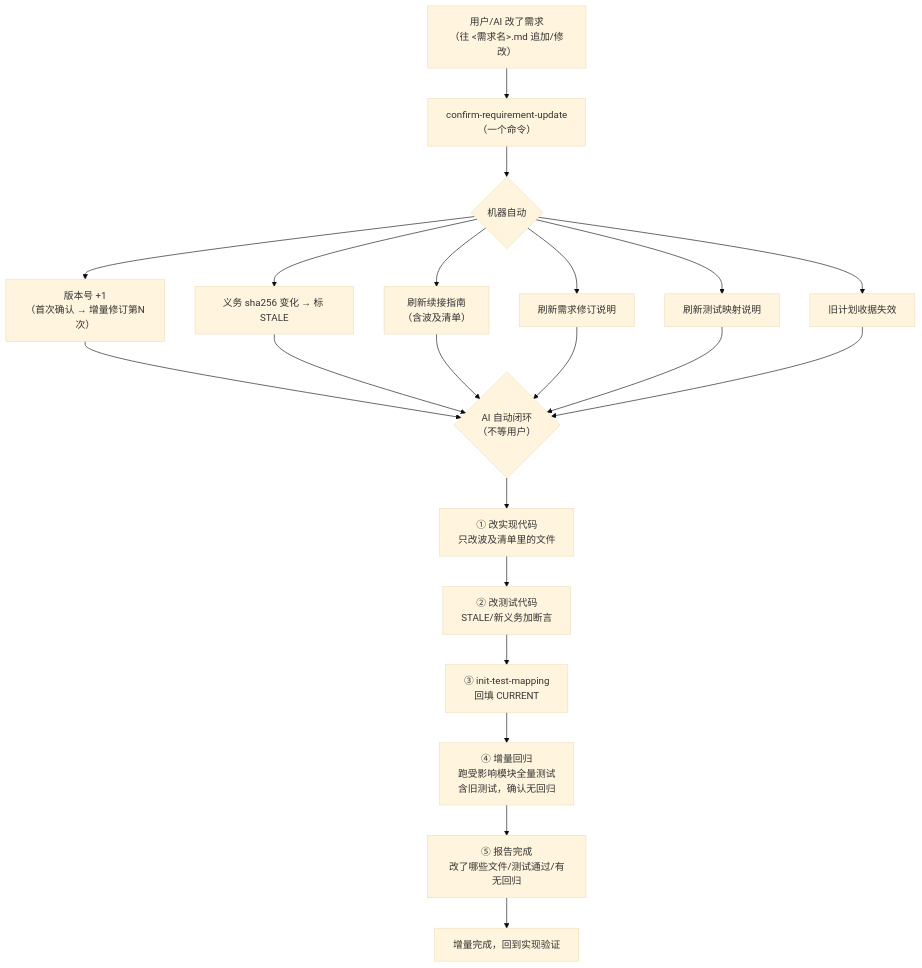
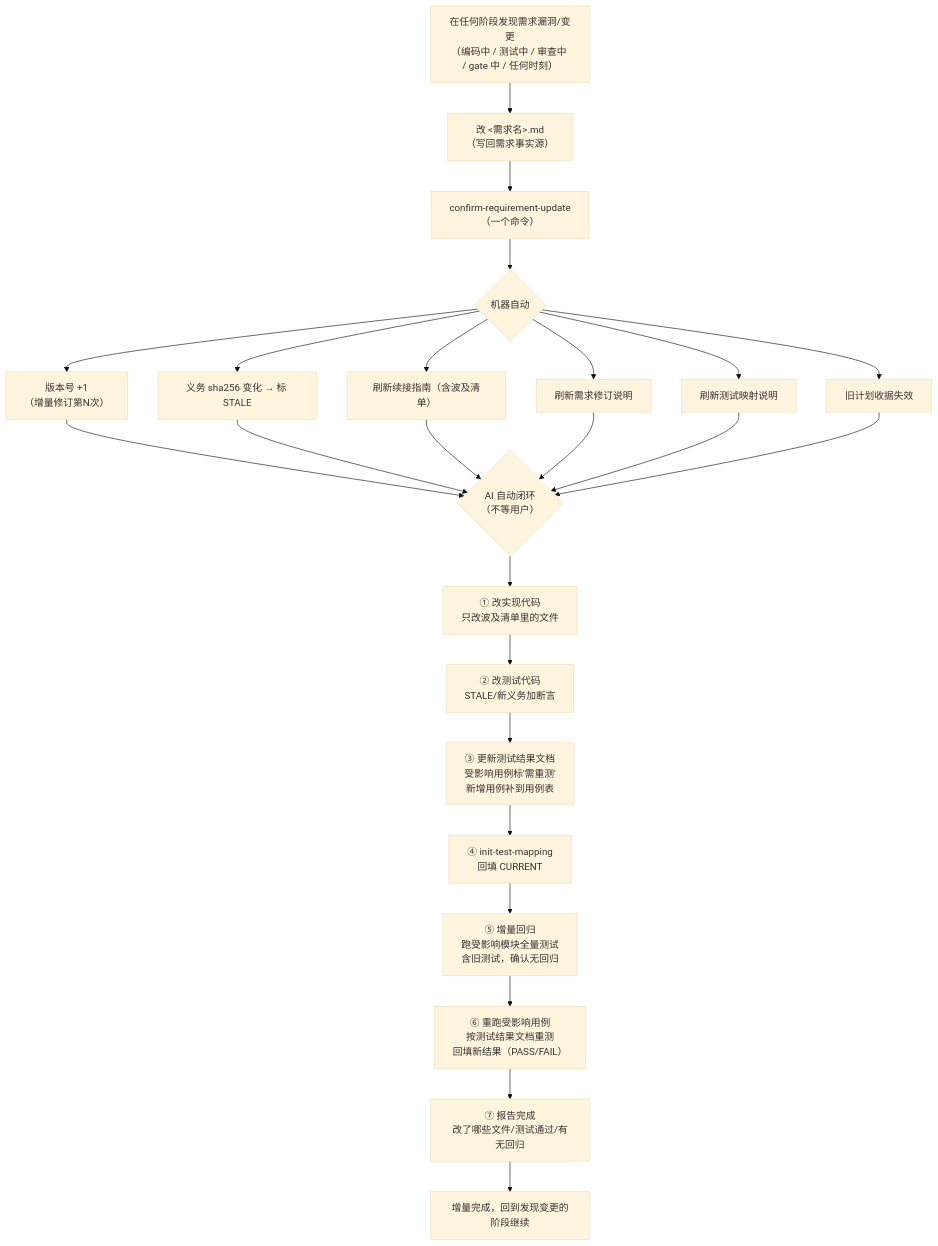
One commit to yejuntian/android-delivery-skills changed the sixth of 10 diagrams in FLOW_DIAGRAMS.md. Above: the diagram before and after it, drawn with Mermaid (base theme). The commit also changed other lines of this file and 2 other files, not shown here.

````diff
--- a/FLOW_DIAGRAMS.md
+++ b/FLOW_DIAGRAMS.md
@@ -192,26 +244,29 @@
 ```mermaid
 flowchart TD
-    CHANGE["用户/AI 改了需求<br/>（往 <需求名>.md 追加/修改）"]
+    TRIGGER["在任何阶段发现需求漏洞/变更<br/>（编码中 / 测试中 / 审查中 / gate 中 / 任何时刻）"]
+    TRIGGER --> CHANGE["改 <需求名>.md<br/>（写回需求事实源）"]
     CHANGE --> CONFIRM["confirm-requirement-update<br/>（一个命令）"]
     CONFIRM --> AUTO{"机器自动"}
-    AUTO --> A1["版本号 +1<br/>（首次确认 → 增量修订第N次）"]
+    AUTO --> A1["版本号 +1<br/>（增量修订第N次）"]
     AUTO --> A2["义务 sha256 变化 → 标 STALE"]
-    AUTO --> A3["刷新续接指南<br/>（含波及清单）"]
+    AUTO --> A3["刷新续接指南（含波及清单）"]
     AUTO --> A4["刷新需求修订说明"]
     AUTO --> A5["刷新测试映射说明"]
     AUTO --> A6["旧计划收据失效"]
 
     A1 --> AI{"AI 自动闭环<br/>（不等用户）"}
     A2 --> AI
     A3 --> AI
     A4 --> AI
     A5 --> AI
     A6 --> AI
 
     AI --> B1["① 改实现代码<br/>只改波及清单里的文件"]
     B1 --> B2["② 改测试代码<br/>STALE/新义务加断言"]
-    B2 --> B3["③ init-test-mapping<br/>回填 CURRENT"]
-    B3 --> B4["④ 增量回归<br/>跑受影响模块全量测试<br/>含旧测试，确认无回归"]
-    B4 --> B5["⑤ 报告完成<br/>改了哪些文件/测试通过/有无回归"]
-    B5 --> DONE["增量完成，回到实现验证"]
+    B2 --> B3["③ 更新测试结果文档<br/>受影响用例标'需重测'<br/>新增用例补到用例表"]
+    B3 --> B4["④ init-test-mapping<br/>回填 CURRENT"]
+    B4 --> B5["⑤ 增量回归<br/>跑受影响模块全量测试<br/>含旧测试，确认无回归"]
+    B5 --> B6["⑥ 重跑受影响用例<br/>按测试结果文档重测<br/>回填新结果（PASS/FAIL）"]
+    B6 --> B7["⑦ 报告完成<br/>改了哪些文件/测试通过/有无回归"]
+    B7 --> DONE["增量完成，回到发现变更的阶段继续"]
 ```
````
